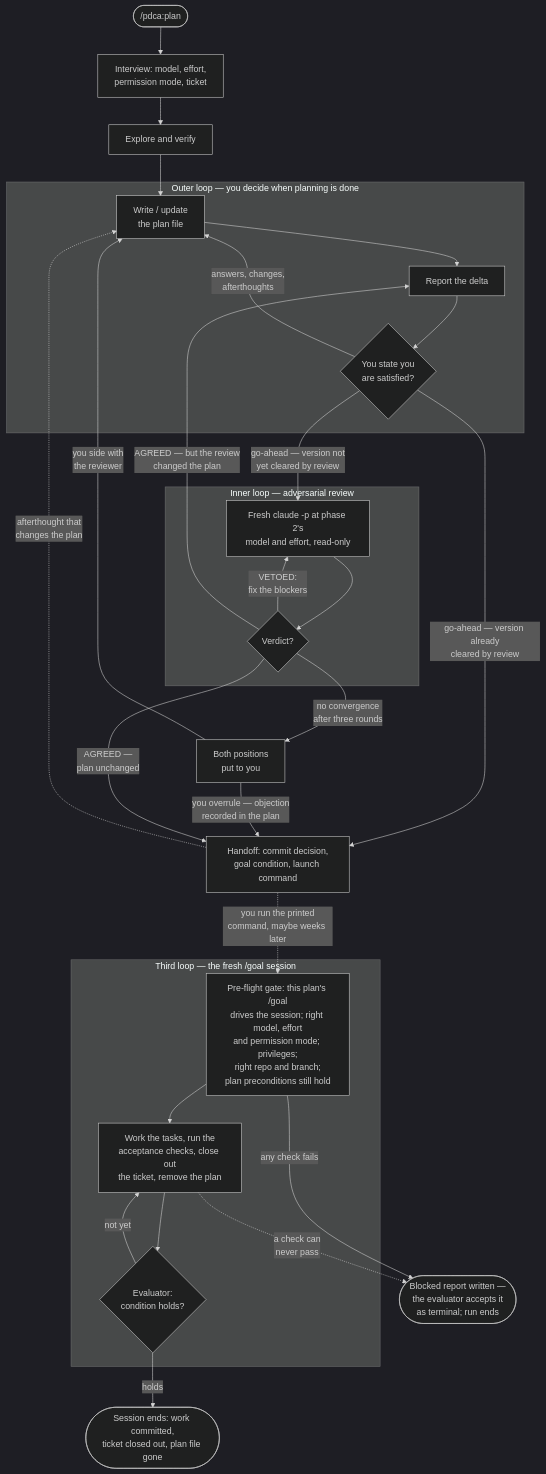
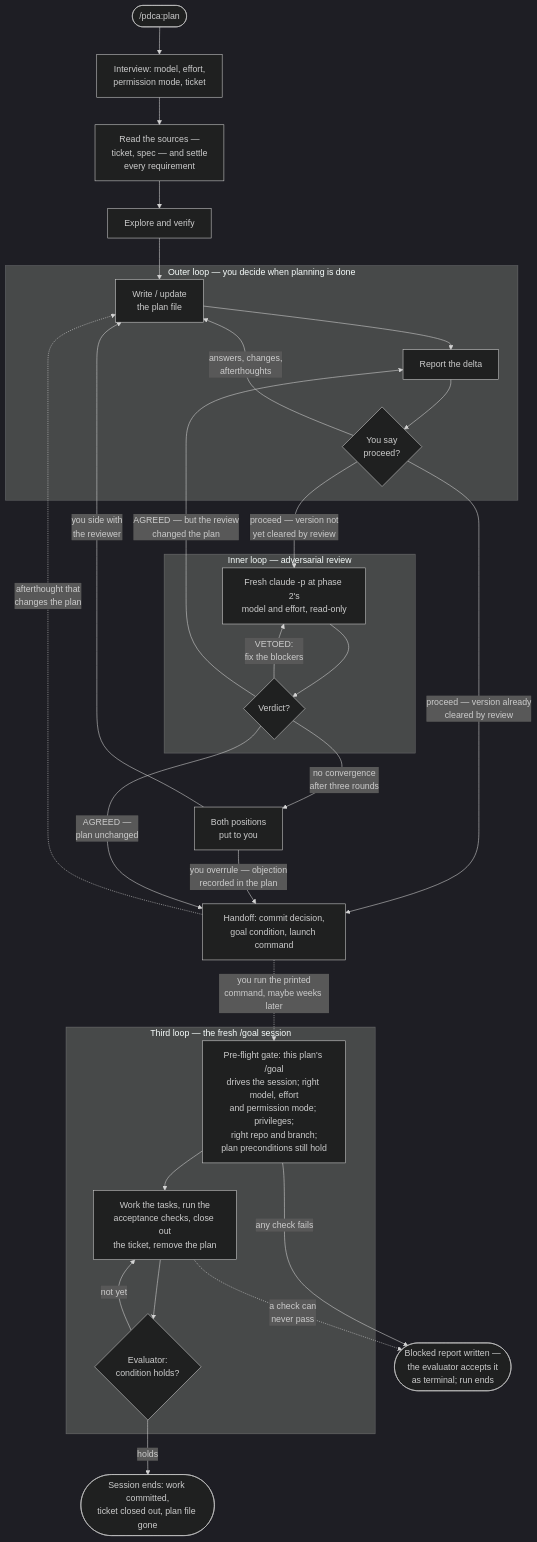
One commit to christian-schlichtherle/cs7-claude-plugins changed the second of 2 diagrams in pdca/README.md. Above: the diagram before and after it, drawn with Mermaid (dark theme). The commit also changed other lines of this file and 10 other files, not shown here.

````diff
--- a/pdca/README.md
+++ b/pdca/README.md
@@ -114,37 +158,38 @@
 ```mermaid
 flowchart TD
     subgraph Outer["Outer loop — you decide when planning is done"]
         Draft["Write / update<br>the plan file"] --> Delta["Report the delta"]
-        Delta --> Happy{"You state you<br>are satisfied?"}
+        Delta --> Happy{"You say<br>proceed?"}
         Happy -- "answers, changes,<br>afterthoughts" --> Draft
     end
 
     subgraph Inner["Inner loop — adversarial review"]
         Reviewer["Fresh claude -p at phase 2's<br>model and effort, read-only"] --> Verdict{"Verdict?"}
         Verdict -- "VETOED:<br>fix the blockers" --> Reviewer
     end
 
     Start(["/pdca:plan"]) --> Interview["Interview: model, effort,<br>permission mode, ticket"]
-    Interview --> Explore["Explore and verify"]
+    Interview --> Sources["Read the sources —<br>ticket, spec — and settle<br>every requirement"]
+    Sources --> Explore["Explore and verify"]
     Explore --> Draft
 
-    Happy -- "go-ahead — version not<br>yet cleared by review" --> Reviewer
-    Happy -- "go-ahead — version already<br>cleared by review" --> Handoff
+    Happy -- "proceed — version not<br>yet cleared by review" --> Reviewer
+    Happy -- "proceed — version already<br>cleared by review" --> Handoff
     Verdict -- "no convergence<br>after three rounds" --> Settle["Both positions<br>put to you"]
     Settle -- "you side with<br>the reviewer" --> Draft
     Settle -- "you overrule — objection<br>recorded in the plan" --> Handoff
     Verdict -- "AGREED —<br>plan unchanged" --> Handoff["Handoff: commit decision,<br>goal condition, launch command"]
     Verdict -- "AGREED — but the review<br>changed the plan" --> Delta
     Handoff -. "afterthought that<br>changes the plan" .-> Draft
 
     subgraph Goal["Third loop — the fresh /goal session"]
         Gate["Pre-flight gate: this plan's /goal<br>drives the session; right model, effort<br>and permission mode; privileges;<br>right repo and branch;<br>plan preconditions still hold"] --> Work["Work the tasks, run the<br>acceptance checks, close out<br>the ticket, remove the plan"]
         Work --> Eval{"Evaluator:<br>condition holds?"}
         Eval -- "not yet" --> Work
     end
 
     Handoff -. "you run the printed<br>command, maybe weeks later" .-> Gate
     Gate -- "any check fails" --> Blocked(["Blocked report written —<br>the evaluator accepts it<br>as terminal; run ends"])
     Work -. "a check can<br>never pass" .-> Blocked
     Eval -- "holds" --> Done(["Session ends: work committed,<br>ticket closed out, plan file gone"])
 ```
````
